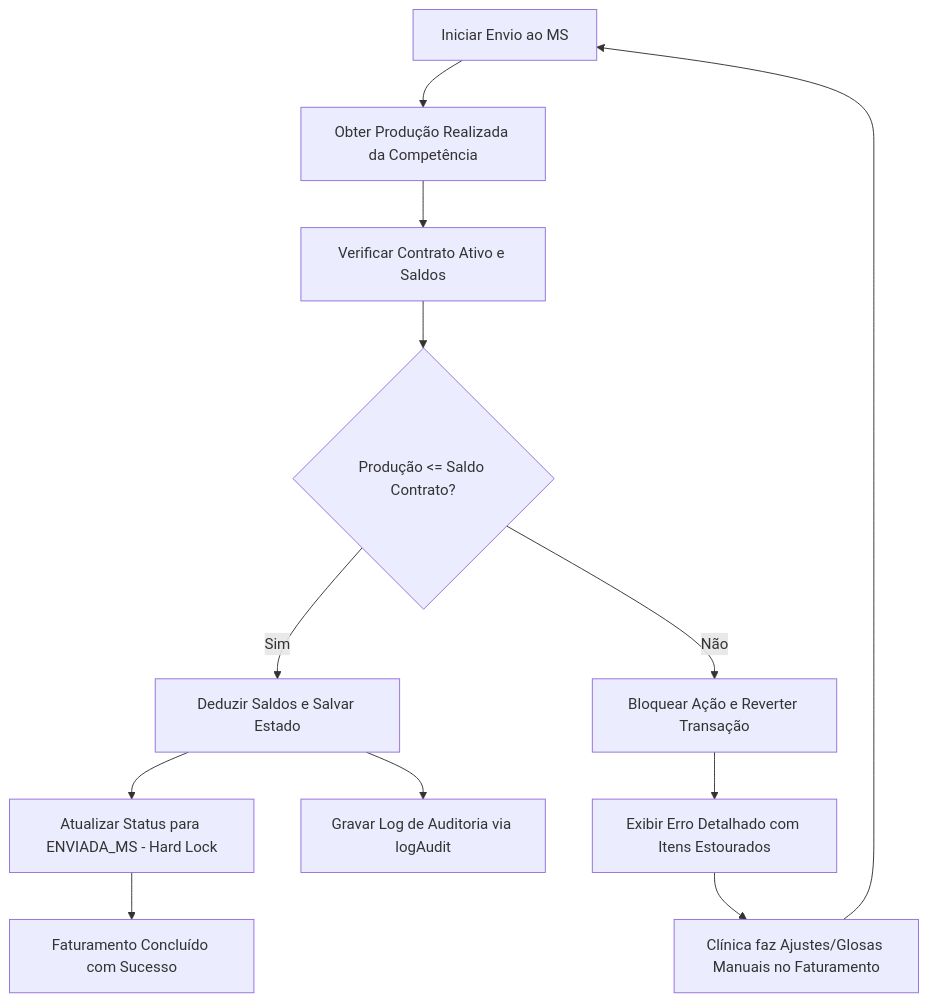
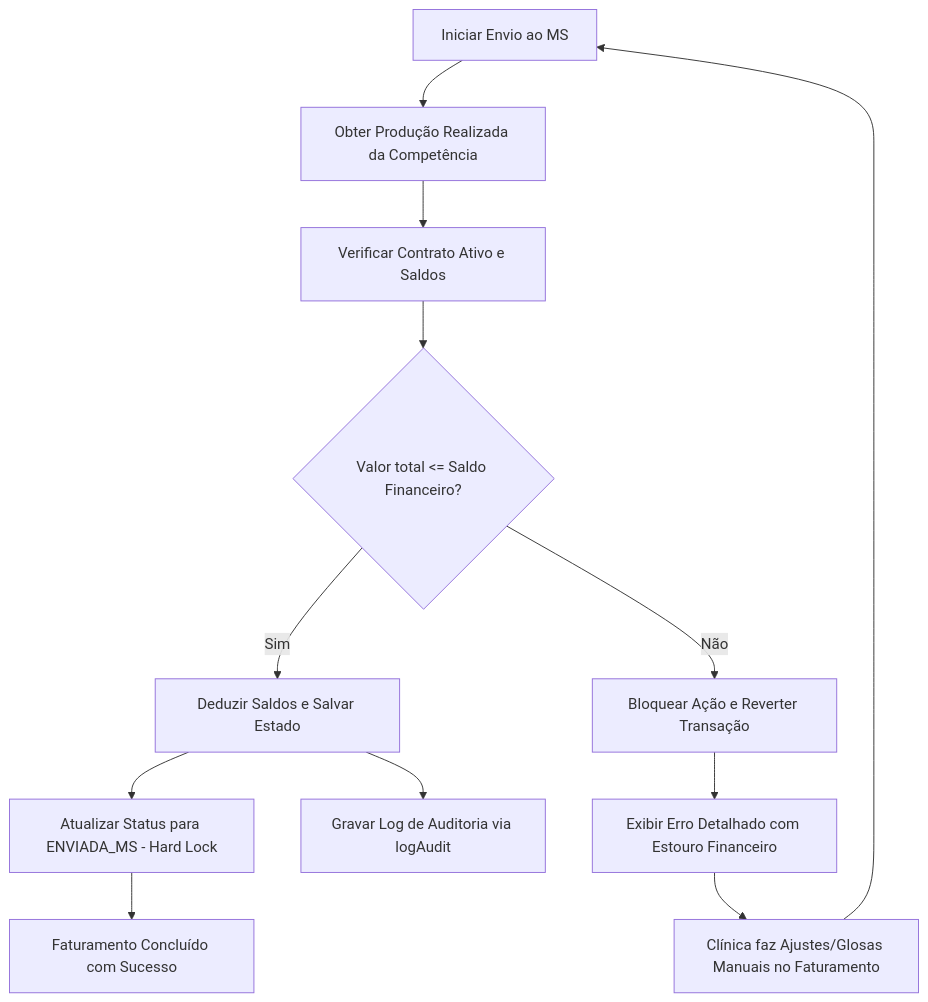
The second of 4 diagrams in docs/analises/estudo_controle_saldo_contratos.md (fmarculino/SisTEA), drawn with Mermaid before and after one commit. The commit also changed other lines of this file and 3 other files, not shown here.

````diff
--- a/docs/analises/estudo_controle_saldo_contratos.md
+++ b/docs/analises/estudo_controle_saldo_contratos.md
@@ -193,15 +193,15 @@
 ```mermaid
 flowchart TD
     A[Iniciar Envio ao MS] --> B[Obter Produção Realizada da Competência]
     B --> C[Verificar Contrato Ativo e Saldos]
-    C --> D{Produção <= Saldo Contrato?}
+    C --> D{Valor total <= Saldo Financeiro?}
     D -- Sim --> E[Deduzir Saldos e Salvar Estado]
     E --> F[Atualizar Status para ENVIADA_MS - Hard Lock]
     E --> G[Gravar Log de Auditoria via logAudit]
     F --> H[Faturamento Concluído com Sucesso]
     
     D -- Não --> I[Bloquear Ação e Reverter Transação]
-    I --> J[Exibir Erro Detalhado com Itens Estourados]
+    I --> J[Exibir Erro Detalhado com Estouro Financeiro]
     J --> K[Clínica faz Ajustes/Glosas Manuais no Faturamento]
     K --> A
 ```
````
